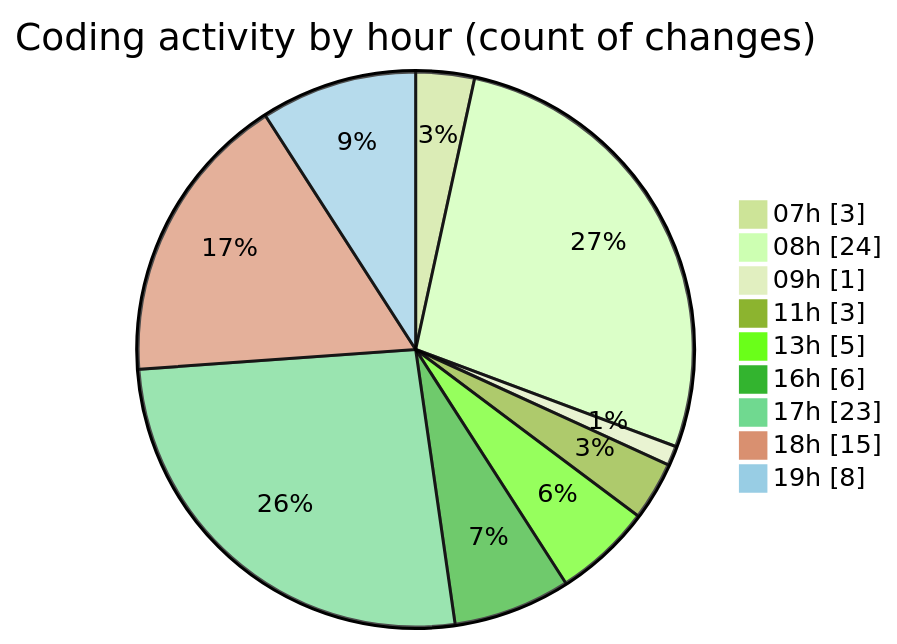
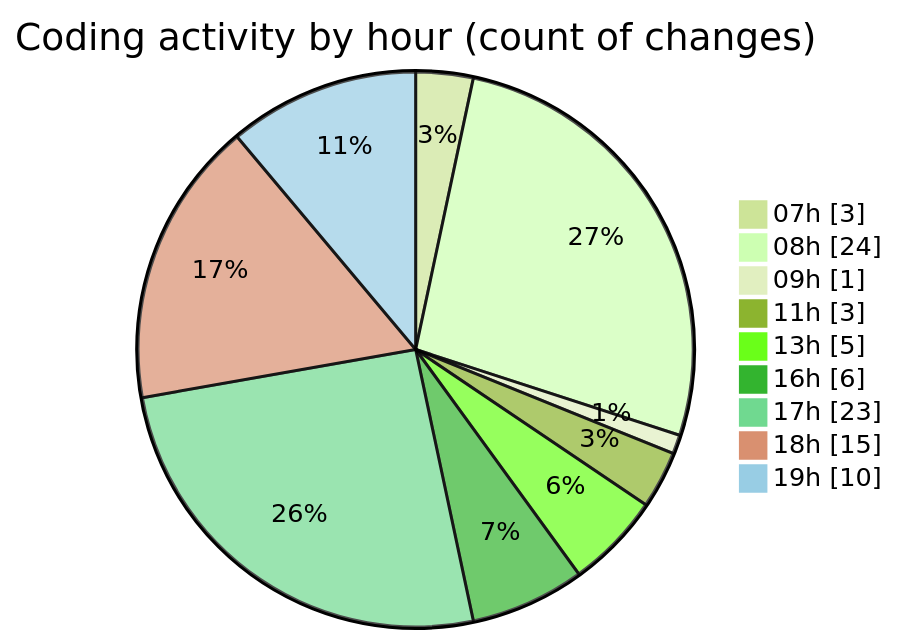
Before and after one commit to becaeroporto-bot/code-tracking: the second of 2 diagrams in 2026-02-20/bot_i_a/README.md, drawn with Mermaid (forest theme). The commit also changed other lines of this file and 1 other file, not shown here.

````diff
--- a/2026-02-20/bot_i_a/README.md
+++ b/2026-02-20/bot_i_a/README.md
@@ -55,13 +55,13 @@
 ```mermaid
 pie showData
 title Coding activity by hour (count of changes)
 "07h" : 3
 "08h" : 24
 "09h" : 1
 "11h" : 3
 "13h" : 5
 "16h" : 6
 "17h" : 23
 "18h" : 15
-"19h" : 8
+"19h" : 10
 ```
````
